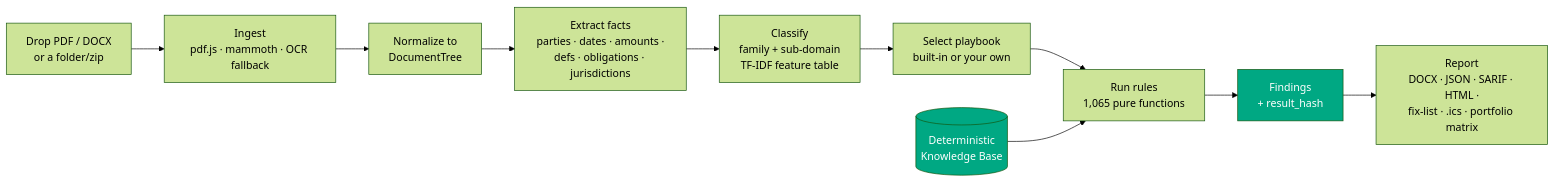
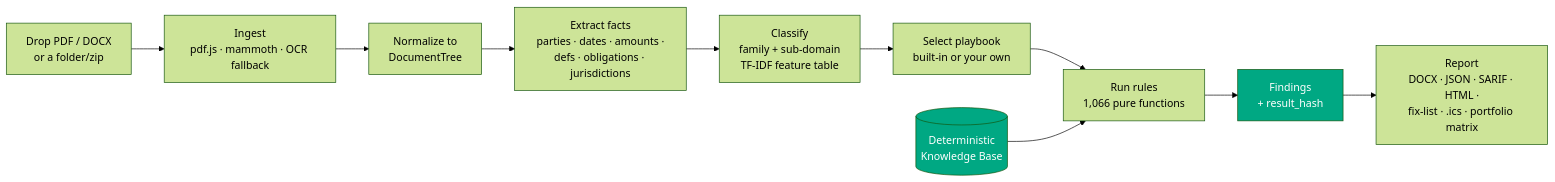
One commit to clay-good/vaulytica changed the first of 11 diagrams in README.md. Above: the diagram before and after it, drawn with Mermaid (forest theme). The commit also changed other lines of this file and 95 other files, not shown here.

````diff
--- a/README.md
+++ b/README.md
@@ -27,14 +27,14 @@
 ```mermaid
 flowchart LR
   A[Drop PDF / DOCX<br/>or a folder/zip] --> B[Ingest<br/>pdf.js · mammoth · OCR fallback]
   B --> C[Normalize to<br/>DocumentTree]
   C --> D[Extract facts<br/>parties · dates · amounts ·<br/>defs · obligations · jurisdictions]
   D --> E[Classify<br/>family + sub-domain<br/>TF-IDF feature table]
   E --> F[Select playbook<br/>built-in or your own]
-  F --> G[Run rules<br/>1,065 pure functions]
+  F --> G[Run rules<br/>1,066 pure functions]
   G --> H[Findings<br/>+ result_hash]
   H --> I[Report<br/>DOCX · JSON · SARIF · HTML ·<br/>fix-list · .ics · portfolio matrix]
   K[(Deterministic<br/>Knowledge Base)] --> G
   style K fill:#00A883,color:#fff
   style H fill:#00A883,color:#fff
 ```
````
